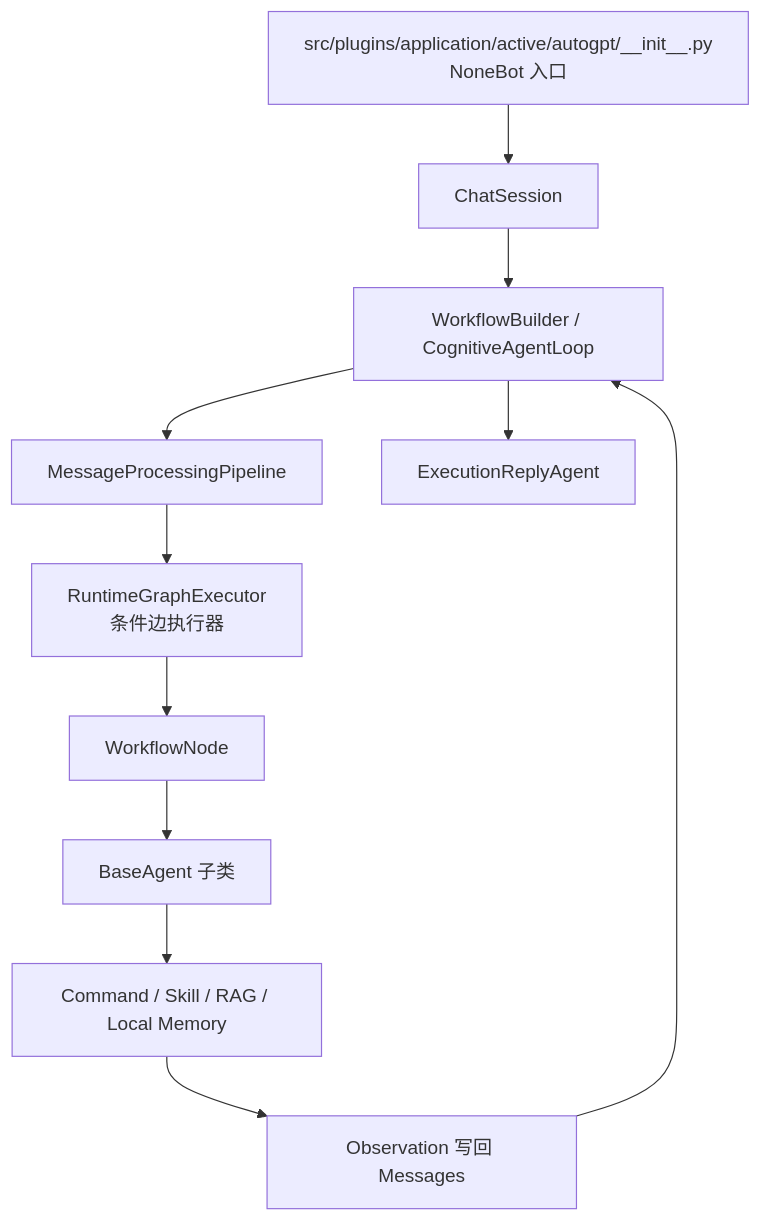
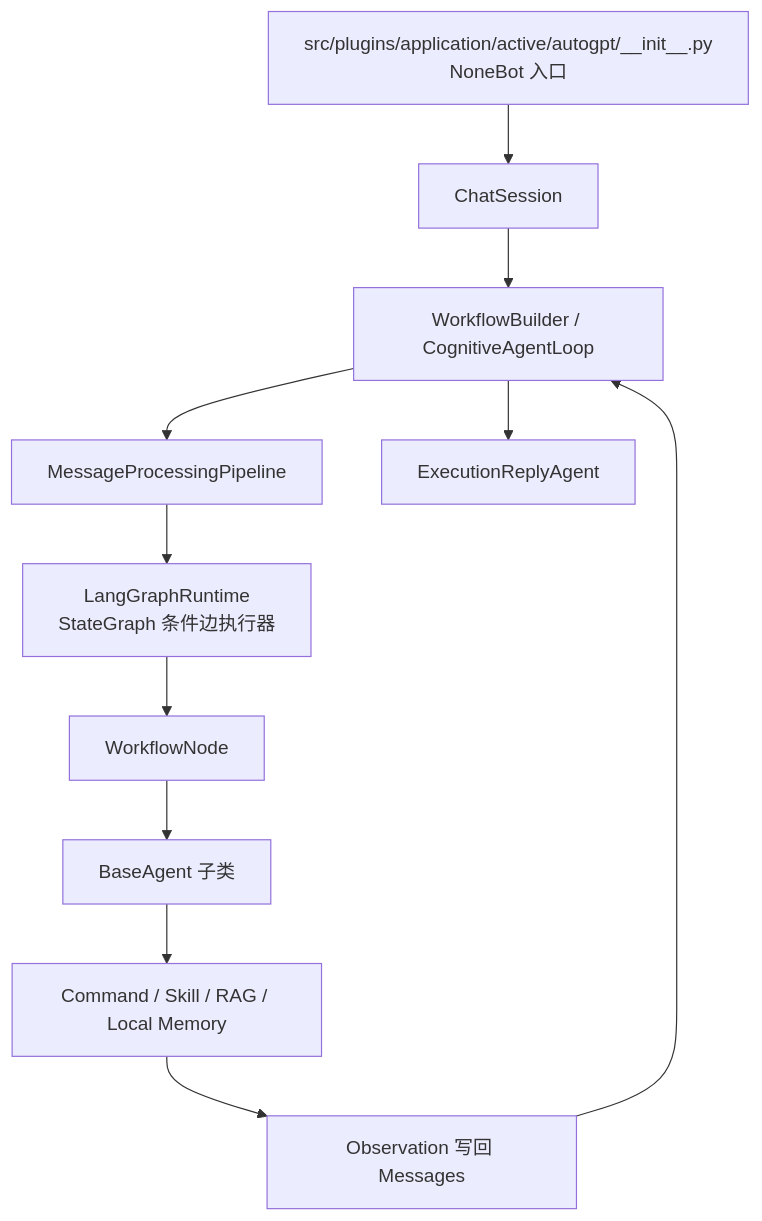
One commit to ClassRobot/ClassRobot changed the third of 3 diagrams in src/core/agent/runtime/README.md. Above: the diagram before and after it, drawn with Mermaid. The commit also changed other lines of this file and 219 other files, not shown here.

````diff
--- a/src/core/agent/runtime/README.md
+++ b/src/core/agent/runtime/README.md
@@ -206,13 +229,13 @@
 ```mermaid
 flowchart TD
     A["src/plugins/application/active/autogpt/__init__.py<br/>NoneBot 入口"] --> B["ChatSession"]
     B --> H["AgentHost<br/>TurnEnvelope / ContextPack / RuntimeRoleTrace / ReplyEnvelope"]
     H --> C["MessageProcessingPipeline"]
-    C --> X["RuntimeGraphExecutor<br/>条件边执行器"]
+    C --> X["LangGraphRuntime<br/>StateGraph 条件边执行器"]
     X --> D["WorkflowNode"]
     D --> E["BaseAgent 子类"]
     E --> F["Command / Skill / RAG / Local Memory"]
     F --> G["Observation 写回 Messages"]
     G --> H["WorkflowBuilder / CognitiveAgentLoop"]
     H --> I["ExecutionReplyAgent"]
 ```
````
